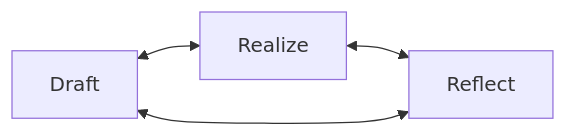
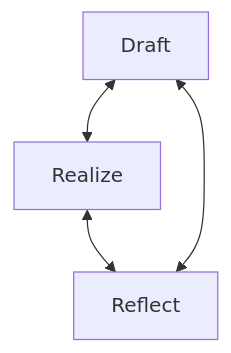
One commit to SnowLightPath/DDL changed the first of 3 diagrams in docs/en/design_philosophy_extended.md. Above: the diagram before and after it, drawn with Mermaid. The commit also changed other lines of this file and 1 other file, not shown here.

Commit message:
Keep detailed-guide diagrams readable on narrow screens

````diff
--- a/docs/en/design_philosophy_extended.md
+++ b/docs/en/design_philosophy_extended.md
@@ -277,6 +277,6 @@
 ```mermaid
-flowchart LR
+flowchart TD
     Draft <--> Realize
     Realize <--> Reflect
     Reflect <--> Draft
 ```
````
